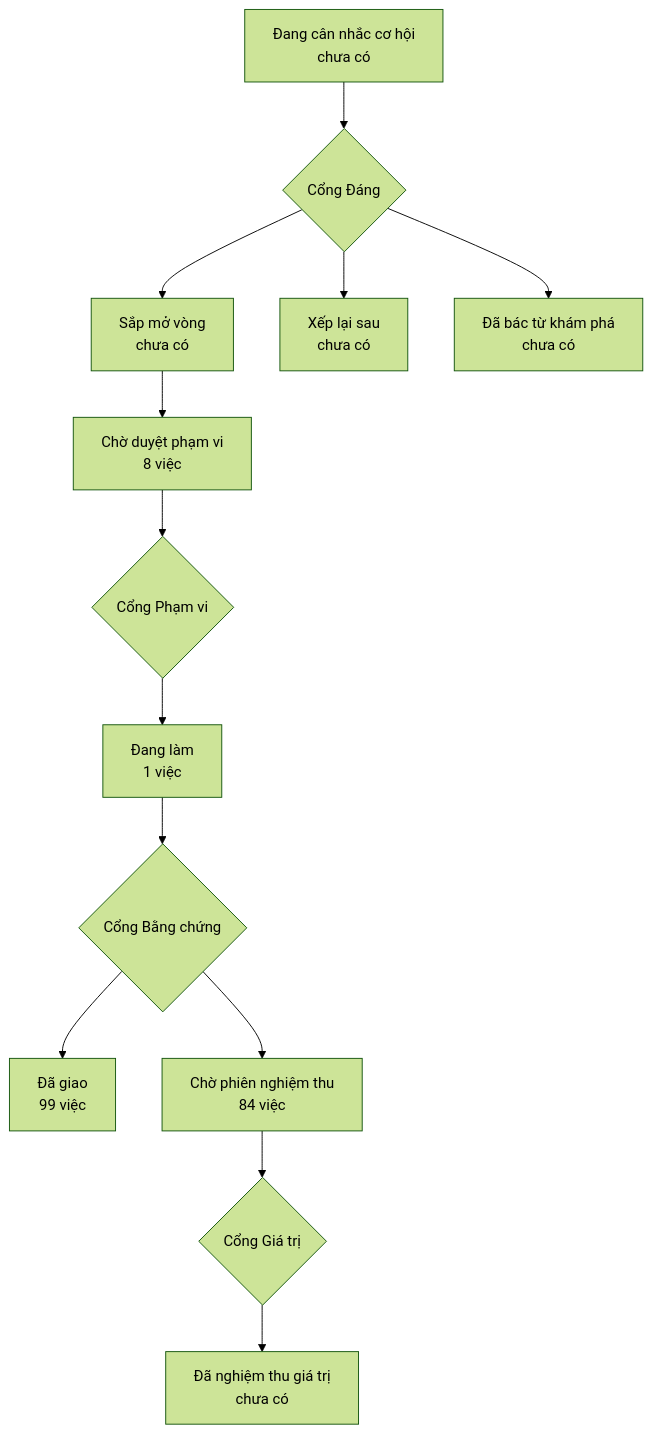
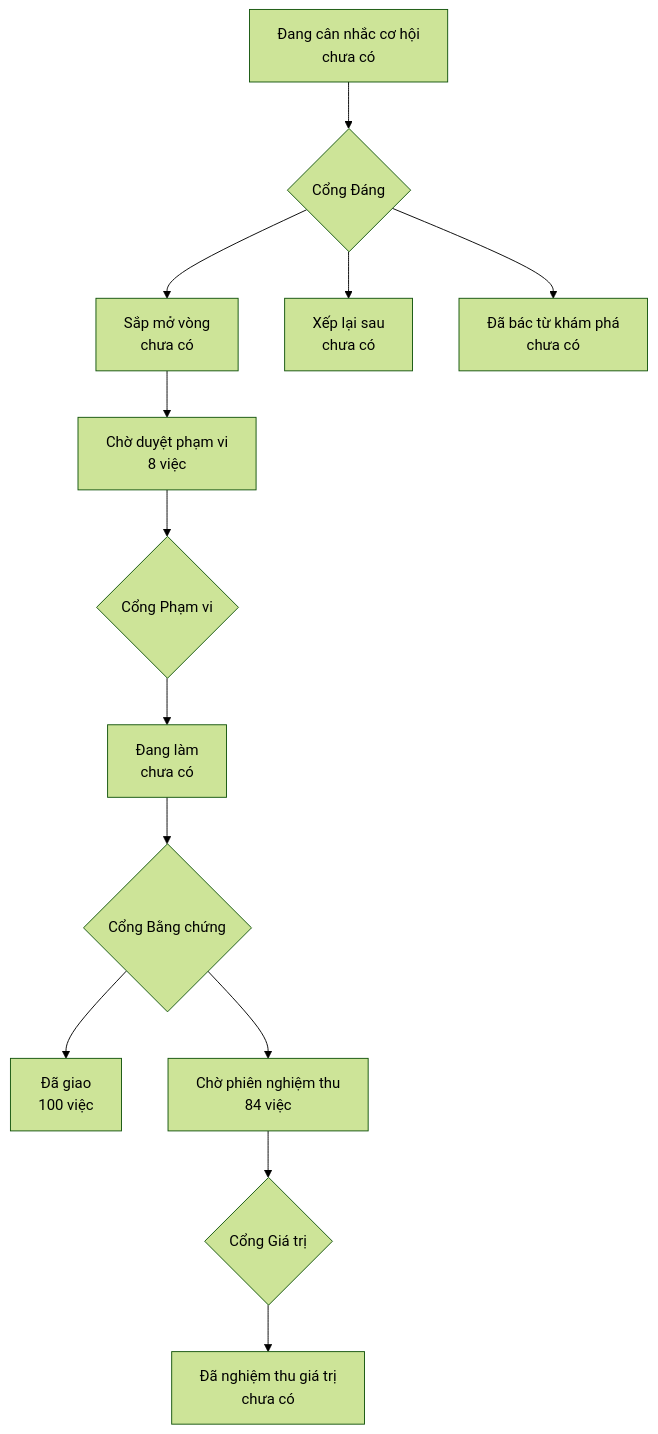
One commit to phanlemanh/onehub-invest changed the diagram in PRODUCT-MAP.md. Above: the diagram before and after it, drawn with Mermaid (forest theme). The commit also changed other lines of this file and 4 other files, not shown here.

````diff
--- a/PRODUCT-MAP.md
+++ b/PRODUCT-MAP.md
@@ -7,12 +7,12 @@
 ```mermaid
 flowchart TD
   A["Đang cân nhắc cơ hội<br/>chưa có"] --> GD{"Cổng Đáng"}
   GD --> B["Sắp mở vòng<br/>chưa có"]
   GD --> XL["Xếp lại sau<br/>chưa có"]
   GD --> DB["Đã bác từ khám phá<br/>chưa có"]
   B --> CD["Chờ duyệt phạm vi<br/>8 việc"] --> GP{"Cổng Phạm vi"}
-  GP --> DL["Đang làm<br/>1 việc"] --> GB{"Cổng Bằng chứng"}
-  GB --> DG["Đã giao<br/>99 việc"]
+  GP --> DL["Đang làm<br/>chưa có"] --> GB{"Cổng Bằng chứng"}
+  GB --> DG["Đã giao<br/>100 việc"]
   GB --> CN["Chờ phiên nghiệm thu<br/>84 việc"] --> GG{"Cổng Giá trị"}
   GG --> NT["Đã nghiệm thu giá trị<br/>chưa có"]
 ```
````
